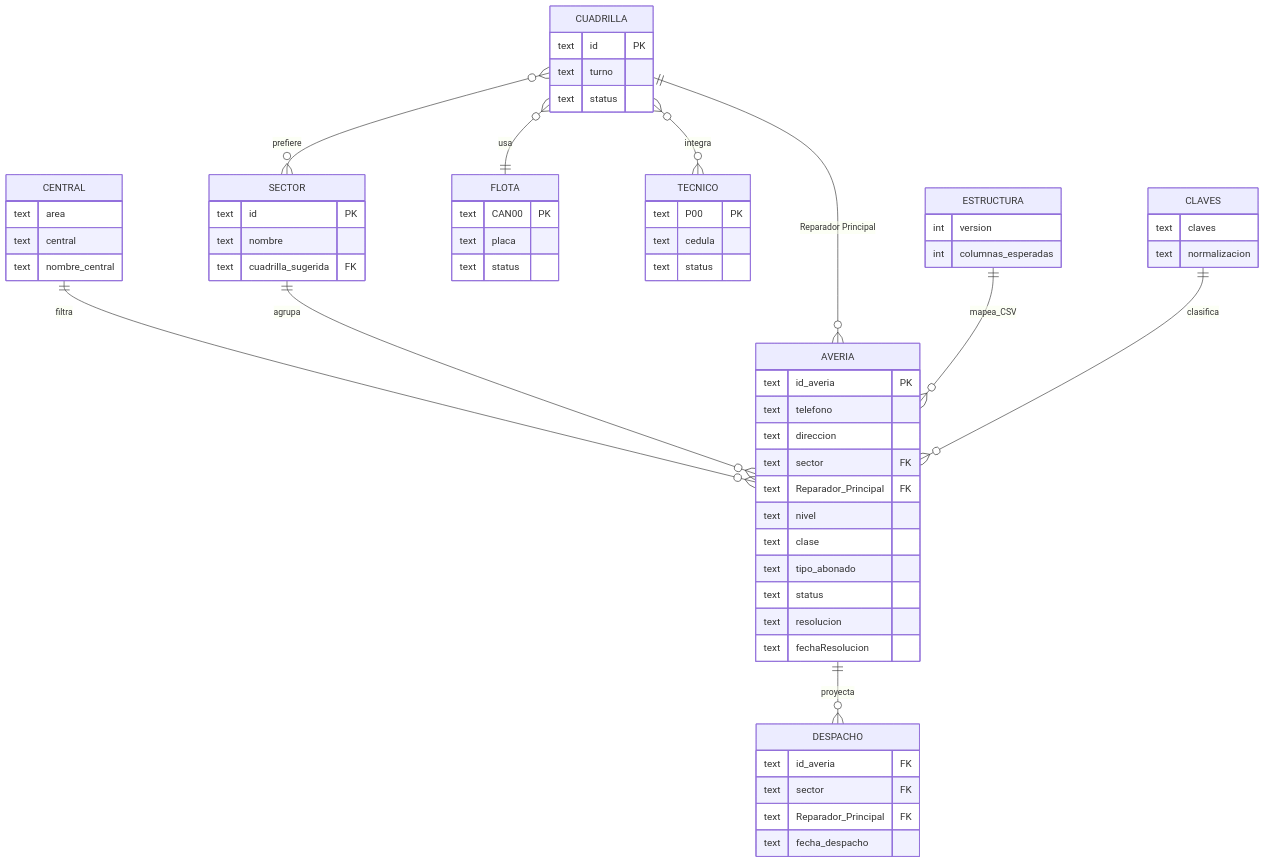
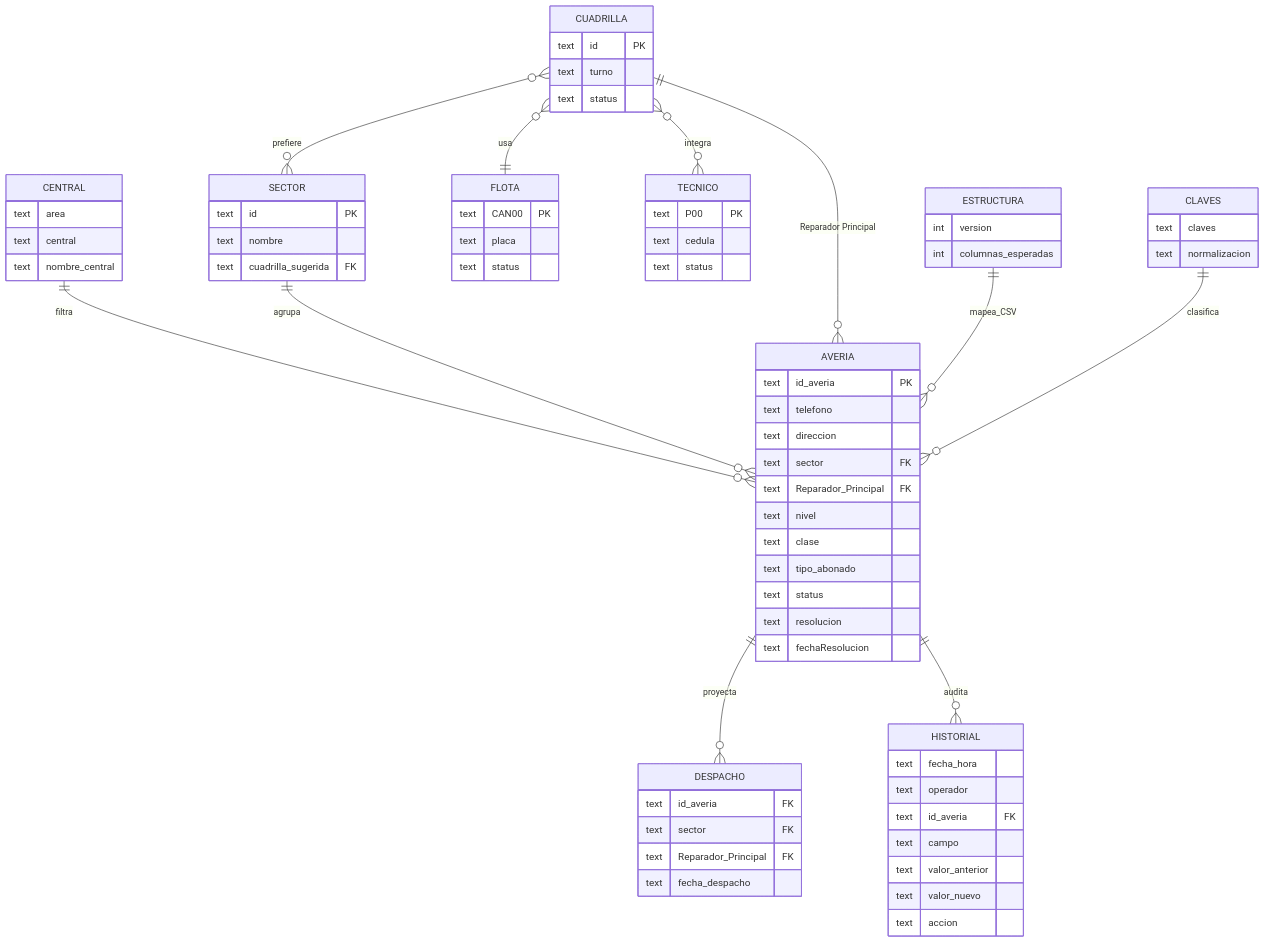
Before and after one commit to anlucorporations/GGTO: the second of 5 diagrams in RepoTecnico/documento_tecnico.md, drawn with Mermaid. The commit also changed other lines of this file and 5 other files, not shown here.

````diff
--- a/RepoTecnico/documento_tecnico.md
+++ b/RepoTecnico/documento_tecnico.md
@@ -489,64 +537,74 @@
 ```mermaid
 erDiagram
   CENTRAL ||--o{ AVERIA : filtra
   SECTOR ||--o{ AVERIA : agrupa
   CUADRILLA ||--o{ AVERIA : "Reparador Principal"
   CUADRILLA }o--|| FLOTA : usa
   CUADRILLA }o--o{ TECNICO : integra
   CUADRILLA }o--o{ SECTOR : prefiere
   AVERIA ||--o{ DESPACHO : proyecta
+  AVERIA ||--o{ HISTORIAL : audita
   ESTRUCTURA ||--o{ AVERIA : mapea_CSV
   CLAVES ||--o{ AVERIA : clasifica
   CENTRAL {
     text area
     text central
     text nombre_central
   }
   TECNICO {
     text P00 PK
     text cedula
     text status
   }
   FLOTA {
     text CAN00 PK
     text placa
     text status
   }
   CUADRILLA {
     text id PK
     text turno
     text status
   }
   SECTOR {
     text id PK
     text nombre
     text cuadrilla_sugerida FK
   }
   AVERIA {
     text id_averia PK
     text telefono
     text direccion
     text sector FK
     text Reparador_Principal FK
     text nivel
     text clase
     text tipo_abonado
     text status
     text resolucion
     text fechaResolucion
   }
   DESPACHO {
     text id_averia FK
     text sector FK
     text Reparador_Principal FK
     text fecha_despacho
   }
+  HISTORIAL {
+    text fecha_hora
+    text operador
+    text id_averia FK
+    text campo
+    text valor_anterior
+    text valor_nuevo
+    text accion
+  }
   ESTRUCTURA {
     int version
     int columnas_esperadas
   }
   CLAVES {
     text claves
     text normalizacion
   }
 ```
````
